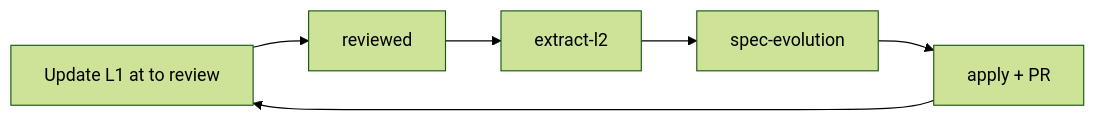
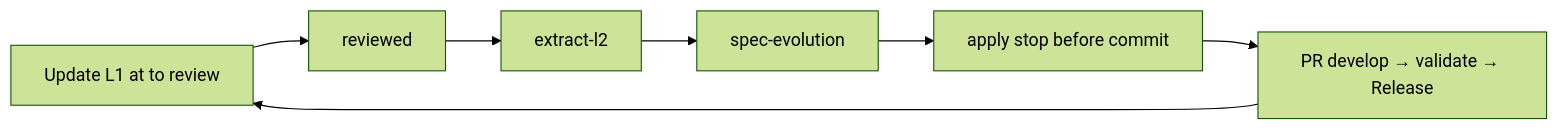
The tenth of 10 diagrams in .dsh/METHODOLOGY.md (AdamAntinoo/neocom-meta), drawn with Mermaid (forest theme) before and after one commit. The commit also changed other lines of this file and 14 other files, not shown here.

````diff
--- a/.dsh/METHODOLOGY.md
+++ b/.dsh/METHODOLOGY.md
@@ -447,8 +508,9 @@
 ```mermaid
 flowchart LR
   L1u["Update L1 at to review"] --> R[reviewed]
   R --> E[extract-l2]
   E --> S[spec-evolution]
-  S --> A[apply + PR]
-  A --> L1u
+  S --> A["apply stop before commit"]
+  A --> P["PR develop → validate → Release"]
+  P --> L1u
 ```
````
